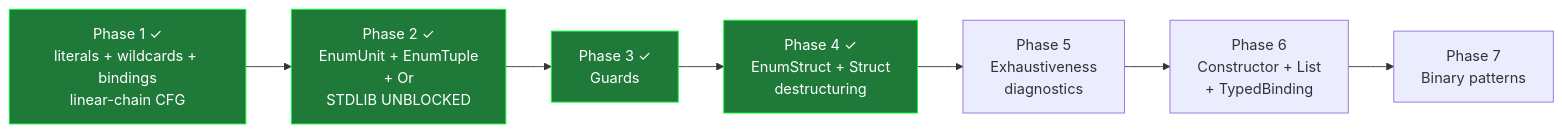
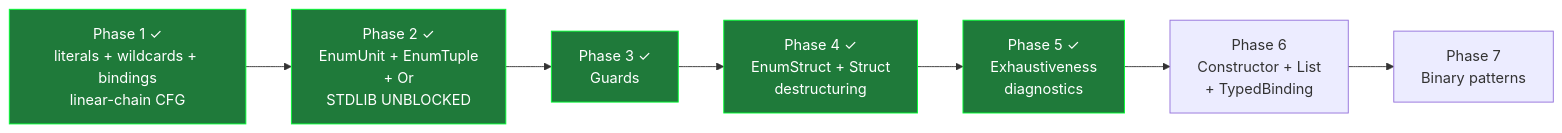
Before and after one commit to koja-lang/koja: the diagram in design/ALPHA-MATCH-PLAN.md, drawn with Mermaid. The commit also changed other lines of this file and 7 other files, not shown here.

Commit message:
feat: better exhaustiveness diagnostics

````diff
--- a/design/ALPHA-MATCH-PLAN.md
+++ b/design/ALPHA-MATCH-PLAN.md
@@ -291,13 +310,14 @@
 ```mermaid
 graph LR
     p1[Phase 1 ✓<br/>literals + wildcards + bindings<br/>linear-chain CFG] --> p2[Phase 2 ✓<br/>EnumUnit + EnumTuple<br/>+ Or<br/>STDLIB UNBLOCKED]
     p2 --> p3[Phase 3 ✓<br/>Guards]
     p3 --> p4[Phase 4 ✓<br/>EnumStruct + Struct<br/>destructuring]
-    p4 --> p5[Phase 5<br/>Exhaustiveness<br/>diagnostics]
+    p4 --> p5[Phase 5 ✓<br/>Exhaustiveness<br/>diagnostics]
     p5 --> p6[Phase 6<br/>Constructor + List<br/>+ TypedBinding]
     p6 --> p7[Phase 7<br/>Binary patterns]
     style p1 fill:#1f7a3a,stroke:#0f3,color:#fff
     style p2 fill:#1f7a3a,stroke:#0f3,color:#fff
     style p3 fill:#1f7a3a,stroke:#0f3,color:#fff
     style p4 fill:#1f7a3a,stroke:#0f3,color:#fff
+    style p5 fill:#1f7a3a,stroke:#0f3,color:#fff
 ```
````
